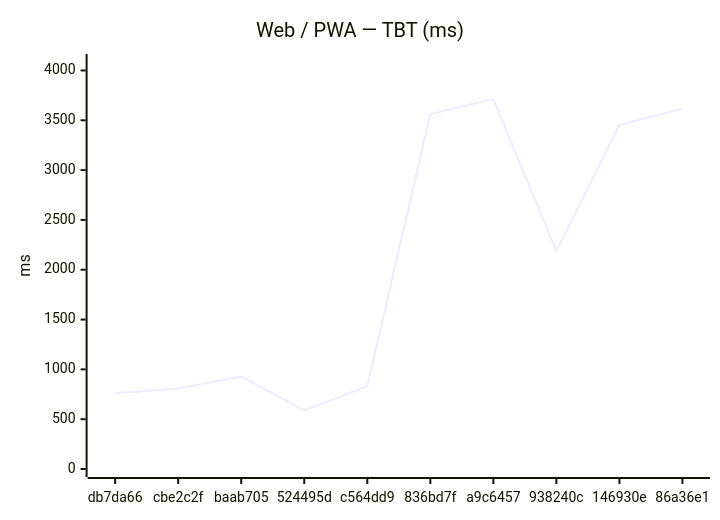
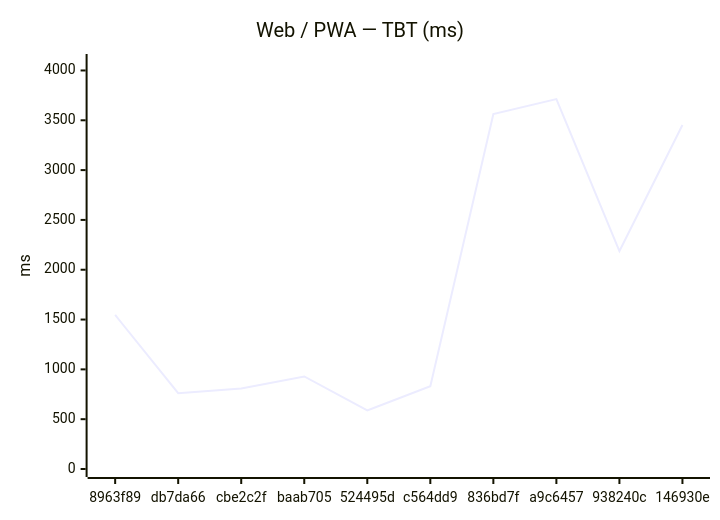
The second of 12 diagrams in benchmarks/compare.md (Metaheurist/Rianell), drawn with Mermaid before and after one commit. The commit also changed other lines of this file and 8 other files, not shown here.

````diff
--- a/benchmarks/compare.md
+++ b/benchmarks/compare.md
@@ -31,7 +31,7 @@
 ```mermaid
 xychart-beta
     title "Web / PWA — TBT (ms)"
-    x-axis ["db7da66", "cbe2c2f", "baab705", "524495d", "c564dd9", "836bd7f", "a9c6457", "938240c", "146930e", "86a36e1"]
+    x-axis ["8963f89", "db7da66", "cbe2c2f", "baab705", "524495d", "c564dd9", "836bd7f", "a9c6457", "938240c", "146930e"]
     y-axis "ms" 0 --> 4085
-    line [761, 807, 929, 588, 830, 3562, 3713, 2187, 3453, 3617]
+    line [1546, 761, 807, 929, 588, 830, 3562, 3713, 2187, 3453]
 ```
````
